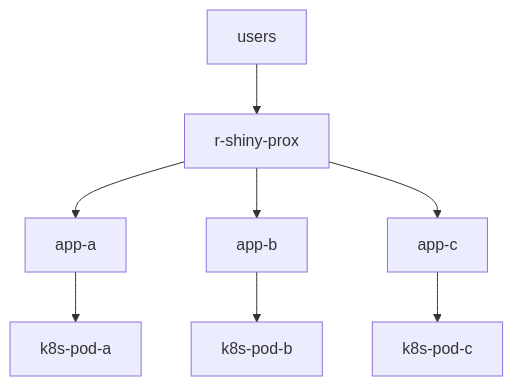
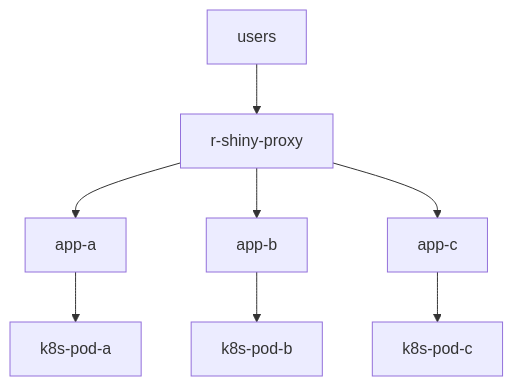
One commit to lola-pola/r-shiny-proxy changed the diagram in README.md. Above: the diagram before and after it, drawn with Mermaid.

````diff
--- a/README.md
+++ b/README.md
@@ -7,10 +7,10 @@
 ```mermaid
 graph TD;
-    users-->r-shiny-prox;
-    r-shiny-prox-->app-a;
-    r-shiny-prox-->app-b;
-    r-shiny-prox-->app-c;
+    users-->r-shiny-proxy;
+    r-shiny-proxy-->app-a;
+    r-shiny-proxy-->app-b;
+    r-shiny-proxy-->app-c;
     app-a-->k8s-pod-a;
     app-b-->k8s-pod-b;
     app-c-->k8s-pod-c;
 ```
````
